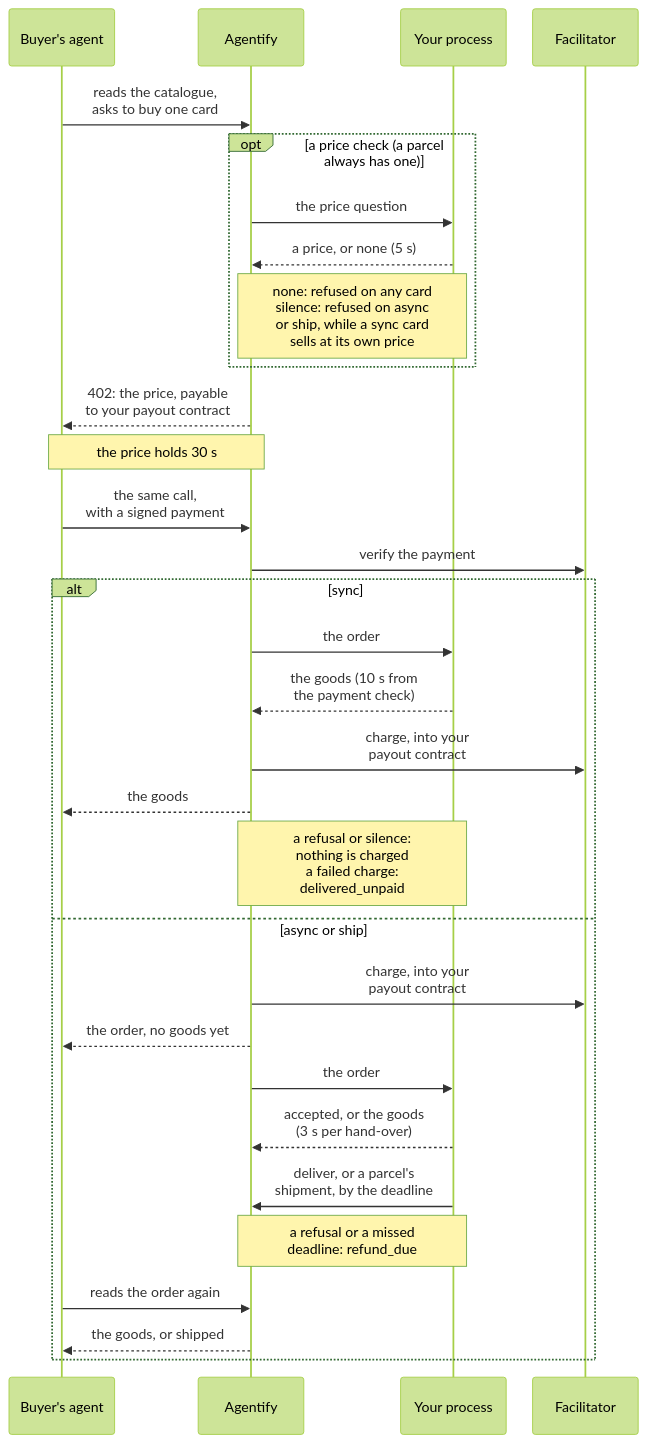
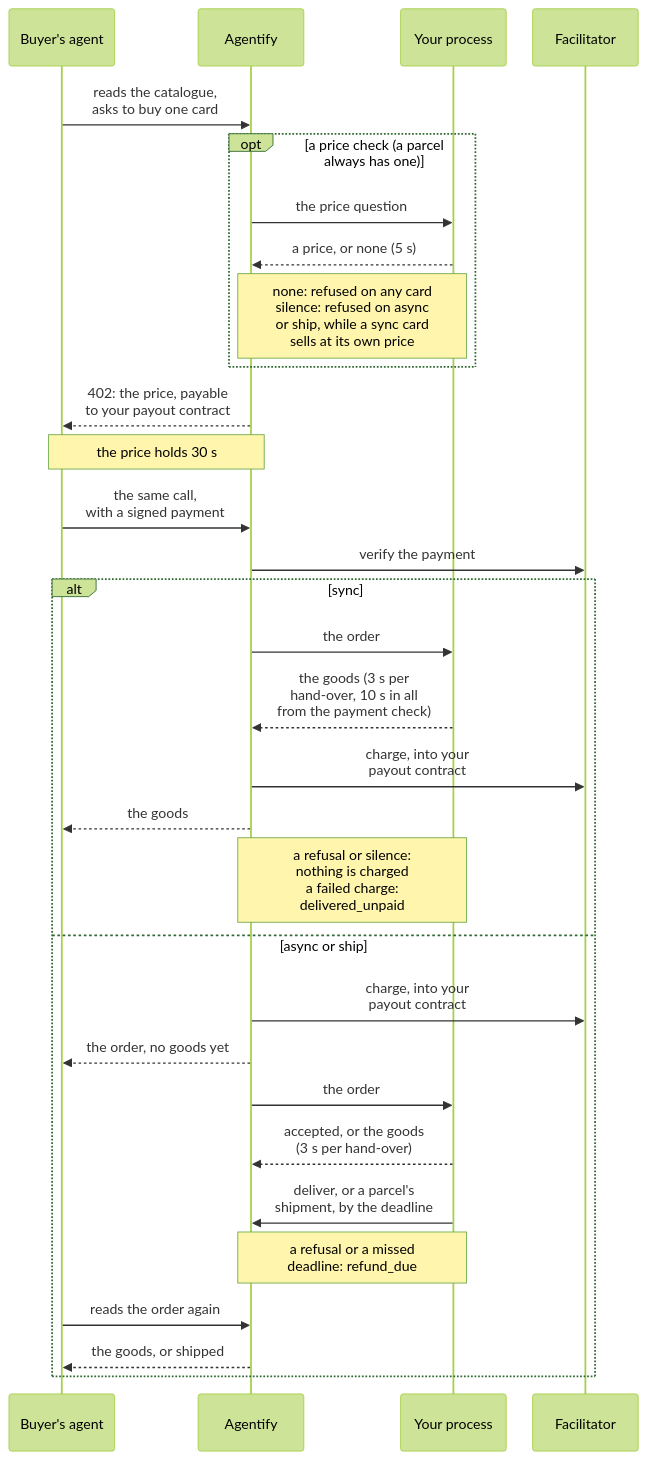
The first of 2 diagrams in apps/docs/orders.md (aftercard/agentify), drawn with Mermaid (forest theme) before and after one commit. The commit also changed 3 other files, not shown here.

First line of the commit message:
docs: the purchase drawing gives a synchronous handler three seconds per hand-over

````diff
--- a/apps/docs/orders.md
+++ b/apps/docs/orders.md
@@ -71,41 +71,41 @@
 ```mermaid
 ---
 config:
   sequence:
     width: 120
     actorMargin: 30
 ---
 sequenceDiagram
     accTitle: One purchase, from the catalogue to the goods
-    accDescr: The agent reads the catalogue and asks to buy a card. If the card has a price check, which a parcel's card always has, Agentify asks your process the price and waits five seconds; an answer of none refuses the purchase on any card, and silence refuses it on a card charged at purchase while a synchronous card sells at its own price. Agentify answers 402 Payment Required with the price and your payout contract as the payee, and the price holds thirty seconds. The agent repeats the call with a signed payment and the facilitator verifies it. In the synchronous mode the order goes to your process, your goods come back within ten seconds of the payment check, the facilitator executes the charge into your payout contract and the agent receives the goods; a refusal or silence instead charges nothing, and a failed charge leaves the order delivered_unpaid. In the asynchronous and parcel modes the charge is executed first, the agent receives an order it reads again later, your process answers each hand-over within three seconds, accepting the order or delivering at once, and delivers later with a separate call by the deadline on your card; a parcel's delivery is its shipment. A refusal or a missed deadline instead leaves a refund owed.
+    accDescr: The agent reads the catalogue and asks to buy a card. If the card has a price check, which a parcel's card always has, Agentify asks your process the price and waits five seconds; an answer of none refuses the purchase on any card, and silence refuses it on a card charged at purchase while a synchronous card sells at its own price. Agentify answers 402 Payment Required with the price and your payout contract as the payee, and the price holds thirty seconds. The agent repeats the call with a signed payment and the facilitator verifies it. In the synchronous mode the order goes to your process, which answers each hand-over within three seconds and has ten seconds in all from the payment check to send back the goods; the facilitator then executes the charge into your payout contract and the agent receives the goods. A refusal or silence instead charges nothing, and a failed charge leaves the order delivered_unpaid. In the asynchronous and parcel modes the charge is executed first, the agent receives an order it reads again later, your process answers each hand-over within three seconds, accepting the order or delivering at once, and delivers later with a separate call by the deadline on your card; a parcel's delivery is its shipment. A refusal or a missed deadline instead leaves a refund owed.
     participant A as Buyer's agent
     participant G as Agentify
     participant Y as Your process
     participant F as Facilitator
     A->>G: reads the catalogue,<br/>asks to buy one card
     opt a price check (a parcel always has one)
         G->>Y: the price question
         Y-->>G: a price, or none (5 s)
         Note over G,Y: none: refused on any card<br/>silence: refused on async<br/>or ship, while a sync card<br/>sells at its own price
     end
     G-->>A: 402: the price, payable<br/>to your payout contract
     Note over A,G: the price holds 30 s
     A->>G: the same call,<br/>with a signed payment
     G->>F: verify the payment
     alt sync
         G->>Y: the order
-        Y-->>G: the goods (10 s from<br/>the payment check)
+        Y-->>G: the goods (3 s per<br/>hand-over, 10 s in all<br/>from the payment check)
         G->>F: charge, into your<br/>payout contract
         G-->>A: the goods
         Note over G,Y: a refusal or silence:<br/>nothing is charged<br/>a failed charge:<br/>delivered_unpaid
     else async or ship
         G->>F: charge, into your<br/>payout contract
         G-->>A: the order, no goods yet
         G->>Y: the order
         Y-->>G: accepted, or the goods<br/>(3 s per hand-over)
         Y->>G: deliver, or a parcel's<br/>shipment, by the deadline
         Note over G,Y: a refusal or a missed<br/>deadline: refund_due
         A->>G: reads the order again
         G-->>A: the goods, or shipped
     end
 ```
````
